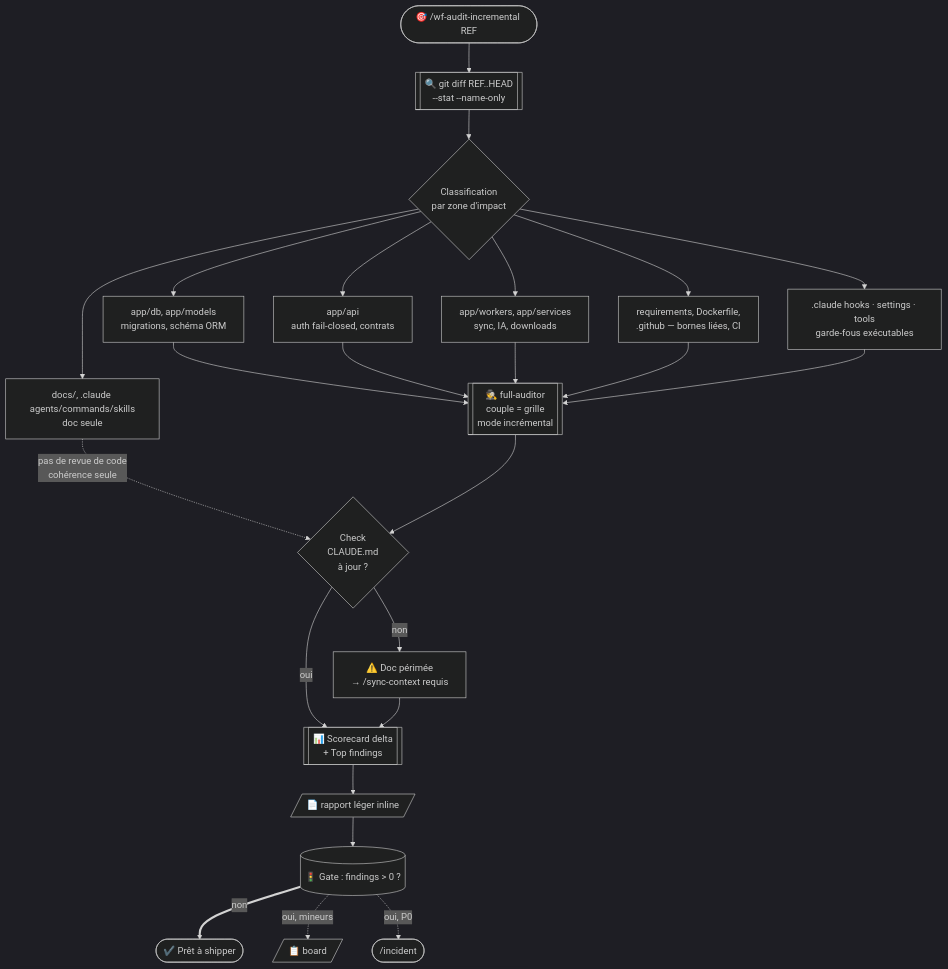
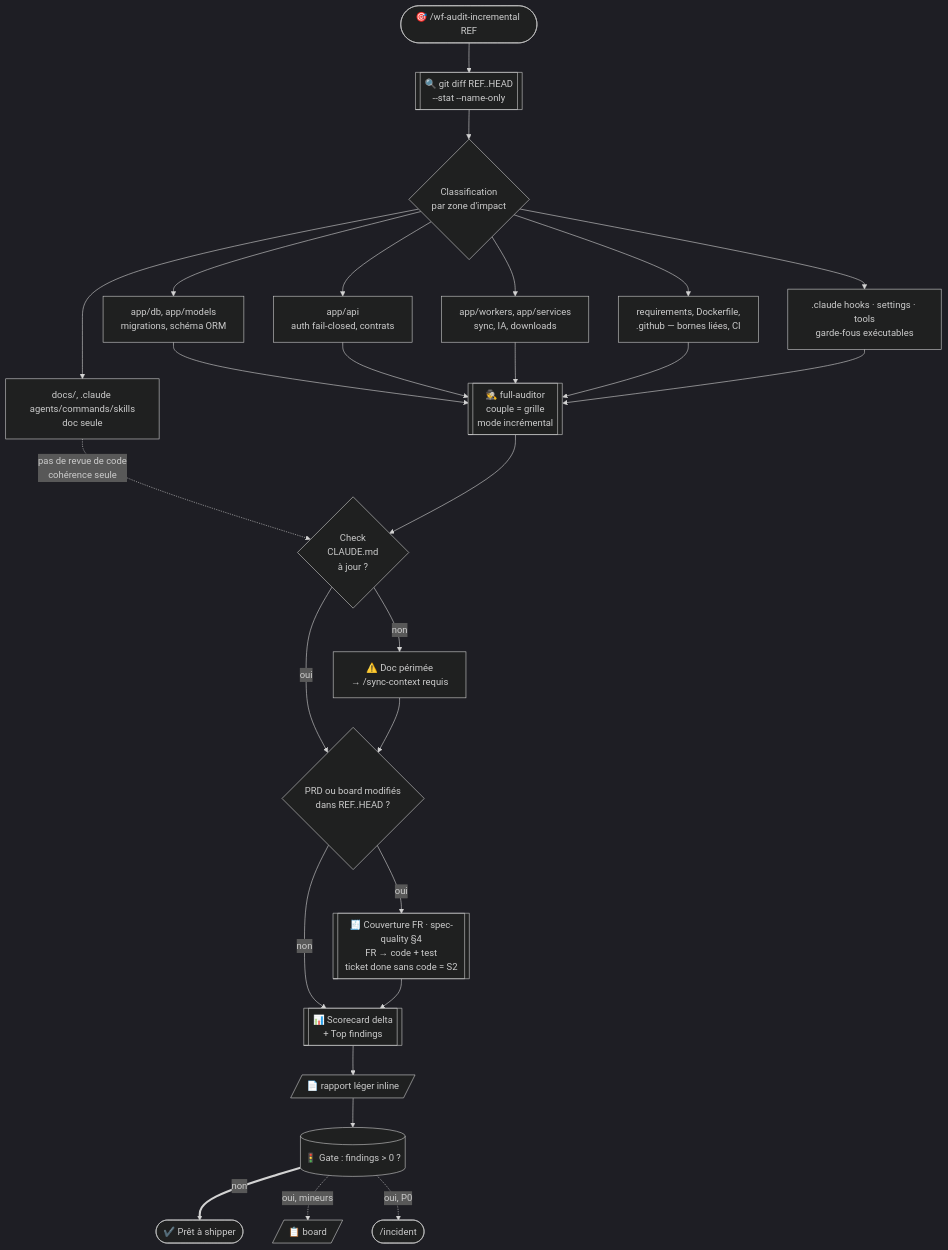
Before and after one commit to ChakirHamzaChahid/Plexhub-Backend: the third of 10 diagrams in .claude/WORKFLOWS-DIAGRAMS.md, drawn with Mermaid (dark theme). The commit also changed other lines of this file, not shown here.

Commit message:
docs(claude): diagrammes de workflow recalés sur les lots 1 à 5
- /wf-audit-incremental : étape 4bis « Couverture FR » (spec-quality §4),
  déclenchée si un PRD ou le board a bougé dans REF..HEAD.
- /feature : le relecteur de code bloque si CRITICAL/HIGH (grille du lot 3).
- en-tête : garde-fous transverses (cost-tracker, lot-state, permissions).
Vérifié : check-mermaid OK (10 blocs par dépôt), HTML régénéré et à jour,
claude-doctor sans erreur.

Claude-Session: https://claude.ai/code/session_01Hd2mEnuiBpe4kTPFPcfaGx

````diff
--- a/.claude/WORKFLOWS-DIAGRAMS.md
+++ b/.claude/WORKFLOWS-DIAGRAMS.md
@@ -61,22 +63,25 @@
 ```mermaid
 flowchart TD
   T([🎯 /wf-audit-incremental REF]) --> GD[[🔍 git diff REF..HEAD<br/>--stat --name-only]]
   GD --> CL{Classification<br/>par zone d'impact}
   CL --> Z1[app/db, app/models<br/>migrations, schéma ORM]
   CL --> Z2[app/api<br/>auth fail-closed, contrats]
   CL --> Z3[app/workers, app/services<br/>sync, IA, downloads]
   CL --> Z4[requirements, Dockerfile,<br/>.github — bornes liées, CI]
   CL --> Z5[docs/, .claude agents/commands/skills<br/>doc seule]
   CL --> Z6[.claude hooks · settings · tools<br/>garde-fous exécutables]
   Z1 & Z2 & Z3 & Z4 & Z6 --> FA[[🕵️ full-auditor<br/>couple = grille<br/>mode incrémental]]
   Z5 -.->|pas de revue de code<br/>cohérence seule| CROSS
   FA --> CROSS{Check<br/>CLAUDE.md<br/>à jour ?}
   CROSS -->|non| WARN[⚠️ Doc périmée<br/>→ /sync-context requis]
-  CROSS -->|oui| SC[[📊 Scorecard delta<br/>+ Top findings]]
-  WARN --> SC
+  CROSS -->|oui| COV{PRD ou board modifiés<br/>dans REF..HEAD ?}
+  WARN --> COV
+  COV -->|oui| FRC[[🧾 Couverture FR · spec-quality §4<br/>FR → code + test<br/>ticket done sans code = S2]]
+  COV -->|non| SC[[📊 Scorecard delta<br/>+ Top findings]]
+  FRC --> SC
   SC --> RPT[/📄 rapport léger inline/]
   RPT --> GATE[(🚦 Gate : findings > 0 ?)]
   GATE ==>|non| RELEASE([✔️ Prêt à shipper])
   GATE -.->|oui, mineurs| BOARD[/📋 board/]
   GATE -.->|oui, P0| INCIDENT([/incident])
 ```
````
